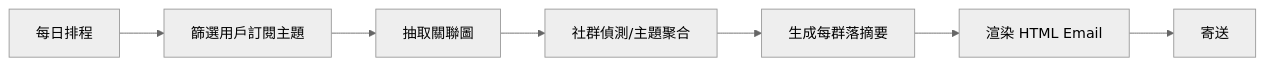
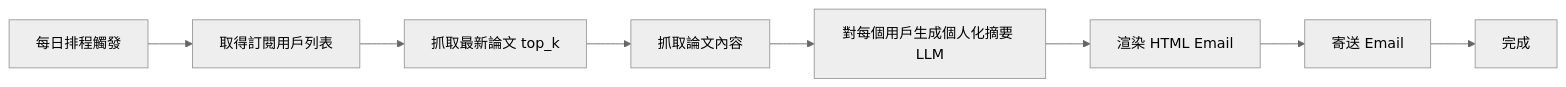
Before and after one commit to a920604a/llm-assistant: the third of 3 diagrams in docs/技術說明書.md, drawn with Mermaid (neutral theme). The commit also changed other lines of this file, not shown here.

````diff
--- a/docs/技術說明書.md
+++ b/docs/技術說明書.md
@@ -105,9 +115,10 @@
 ```mermaid
 flowchart LR
-  S[每日排程] --> F[篩選用戶訂閱主題]
-  F --> G[抽取關聯圖]
-  G --> H[社群偵測/主題聚合]
-  H --> R[生成每群落摘要]
+  S[每日排程觸發] --> F[取得訂閱用戶列表]
+  F --> P[抓取最新論文 top_k ]
+  P --> C[抓取論文內容]
+  C --> R[對每個用戶生成個人化摘要 LLM]
   R --> E[渲染 HTML Email]
-  E --> M[寄送]
+  E --> M[寄送 Email]
+  M --> L[完成]
 ```
````
